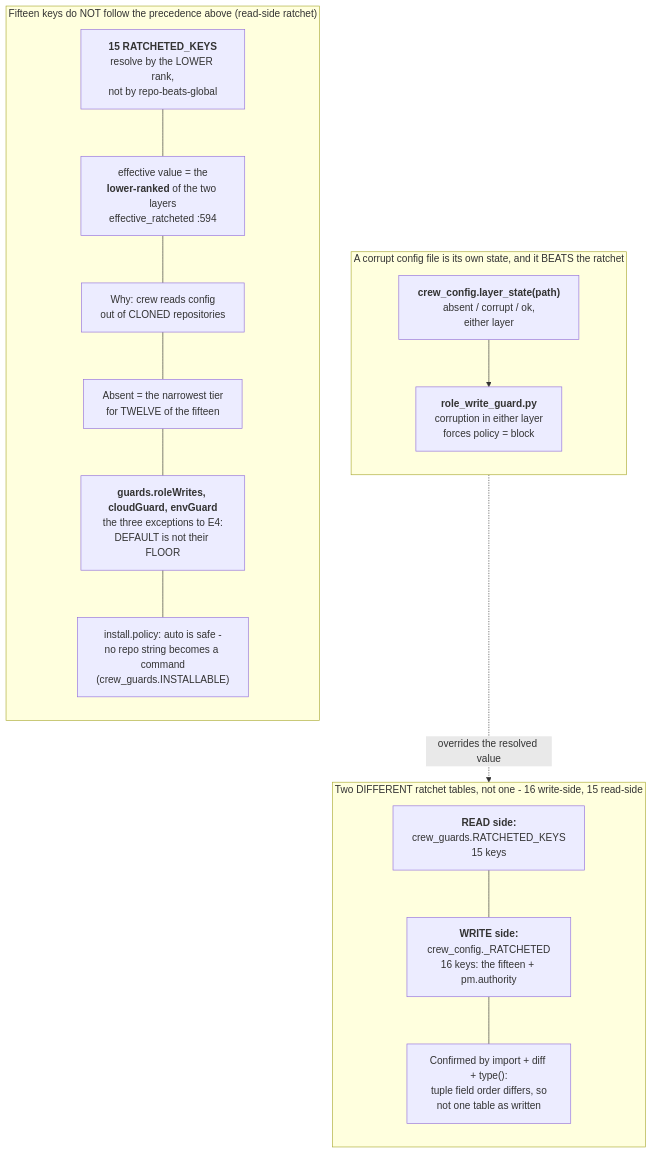
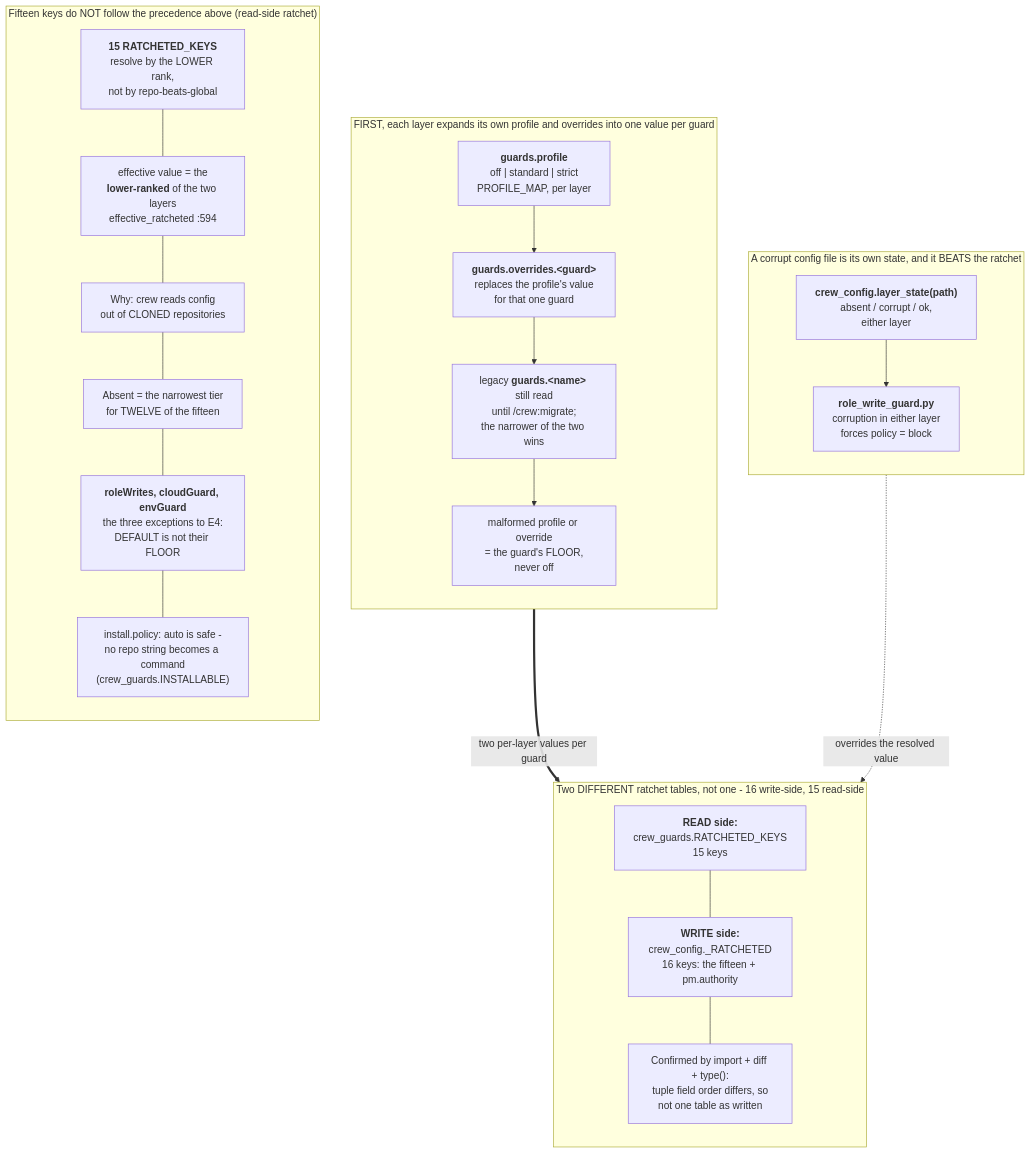
The fifth of 38 diagrams in docs/diagrams/README.md (mbadali25/useful-claude-add-ons), drawn with Mermaid before and after one commit. The commit also changed other lines of this file and 98 other files, not shown here.

Commit message:
L-0725: docs sweep, rebuilt guides and diagrams, test fixes, migrate.md within budget

````diff
--- a/docs/diagrams/README.md
+++ b/docs/diagrams/README.md
@@ -241,28 +241,37 @@
 ```mermaid
 flowchart TB
 
+    subgraph Expand["FIRST, each layer expands its own profile and overrides into one value per guard"]
+        direction TB
+        X1["<b>guards.profile</b><br/>off | standard | strict<br/>PROFILE_MAP, per layer"]
+        X2["<b>guards.overrides.&lt;guard&gt;</b><br/>replaces the profile's value<br/>for that one guard"]
+        X3["legacy <b>guards.&lt;name&gt;</b> still read<br/>until /crew:migrate;<br/>the narrower of the two wins"]
+        X4["malformed profile or override<br/>= the guard's FLOOR,<br/>never off"]
+        X1 --> X2 --> X3 --> X4
+    end
+    Expand ==>|"two per-layer values per guard"| Ratchet
     subgraph Ratchet["Two DIFFERENT ratchet tables, not one - 16 write-side, 15 read-side"]
         direction TB
         RG["<b>READ side:</b><br/>crew_guards.RATCHETED_KEYS<br/>15 keys"]
         RC["<b>WRITE side:</b><br/>crew_config._RATCHETED<br/>16 keys: the fifteen + pm.authority"]
         RSHAPE["Confirmed by import + diff + type():<br/>tuple field order differs, so<br/>not one table as written"]
         RG --- RC --- RSHAPE
     end
     subgraph Corrupt["A corrupt config file is its own state, and it BEATS the ratchet"]
         direction TB
         LS["<b>crew_config.layer_state(path)</b><br/>absent / corrupt / ok,<br/>either layer"]
         FORCE["<b>role_write_guard.py</b><br/>corruption in either layer<br/>forces policy = block"]
         LS --> FORCE
     end
     FORCE -.->|"overrides the resolved value"| Ratchet
     subgraph Except["Fifteen keys do NOT follow the precedence above (read-side ratchet)"]
         direction TB
         E1["<b>15 RATCHETED_KEYS</b><br/>resolve by the LOWER rank,<br/>not by repo-beats-global"]
         E2["effective value = the<br/><b>lower-ranked</b> of the two layers<br/>effective_ratcheted :594"]
         E3["Why: crew reads config<br/>out of CLONED repositories"]
         E4["Absent = the narrowest tier<br/>for TWELVE of the fifteen"]
-        E5["<b>guards.roleWrites, cloudGuard, envGuard</b><br/>the three exceptions to E4:<br/>DEFAULT is not their FLOOR"]
+        E5["<b>roleWrites, cloudGuard, envGuard</b><br/>the three exceptions to E4:<br/>DEFAULT is not their FLOOR"]
         E6["install.policy: auto is safe -<br/>no repo string becomes a command<br/>(crew_guards.INSTALLABLE)"]
         E1 --- E2 --- E3 --- E4 --- E5 --- E6
     end
 ```
````
